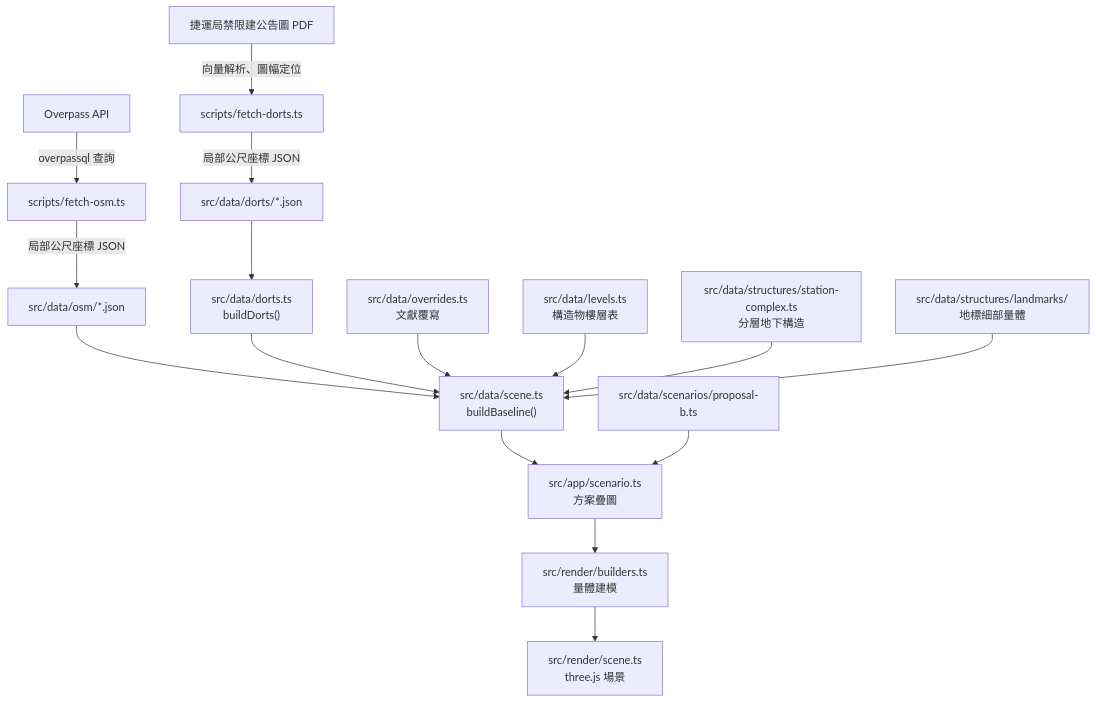
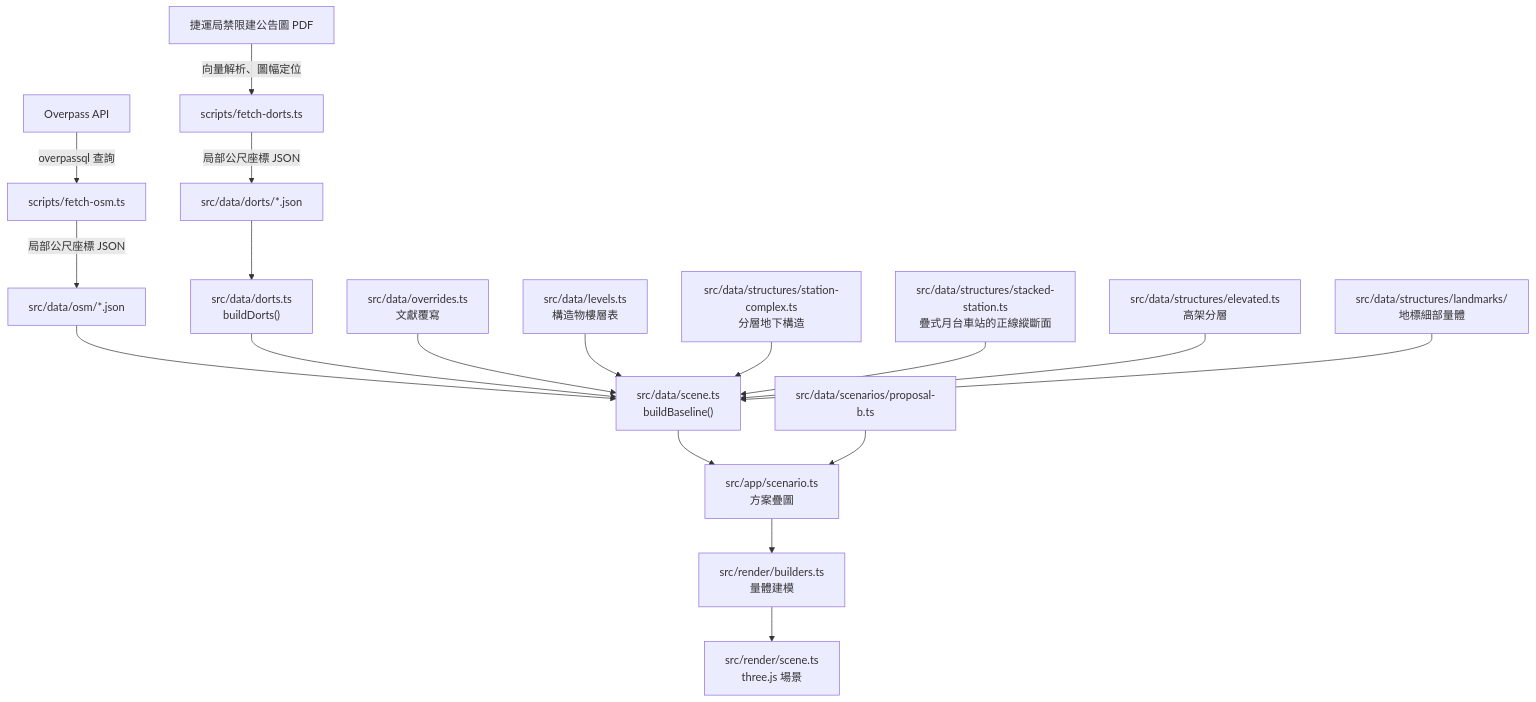
The diagram in docs/architecture.md (rschiang/kitameet), drawn with Mermaid before and after one commit. The commit also changed other lines of this file and 15 other files, not shown here.

First line of the commit message:
fix(data): 修正疊式車站、高架分層、沙洲與月台深度

````diff
--- a/docs/architecture.md
+++ b/docs/architecture.md
@@ -7,18 +7,20 @@
 ```mermaid
 graph TD
     overpass["Overpass API"] -- "overpassql 查詢" --> fetch["scripts/fetch-osm.ts"]
     fetch -- "局部公尺座標 JSON" --> osm["src/data/osm/*.json"]
     dortspdf["捷運局禁限建公告圖 PDF"] -- "向量解析、圖幅定位" --> fetchd["scripts/fetch-dorts.ts"]
     fetchd -- "局部公尺座標 JSON" --> dorts["src/data/dorts/*.json"]
     osm --> scene["src/data/scene.ts<br/>buildBaseline()"]
     dorts --> dortsmod["src/data/dorts.ts<br/>buildDorts()"]
     dortsmod --> scene
     overrides["src/data/overrides.ts<br/>文獻覆寫"] --> scene
     levels["src/data/levels.ts<br/>構造物樓層表"] --> scene
     structures["src/data/structures/station-complex.ts<br/>分層地下構造"] --> scene
+    stacked["src/data/structures/stacked-station.ts<br/>疊式月台車站的正線縱斷面"] --> scene
+    elevated["src/data/structures/elevated.ts<br/>高架分層"] --> scene
     landmarks["src/data/structures/landmarks/<br/>地標細部量體"] --> scene
     scene --> scenario["src/app/scenario.ts<br/>方案疊圖"]
     proposal["src/data/scenarios/proposal-b.ts"] --> scenario
     scenario --> builders["src/render/builders.ts<br/>量體建模"]
     builders --> viewer["src/render/scene.ts<br/>three.js 場景"]
 ```
````
